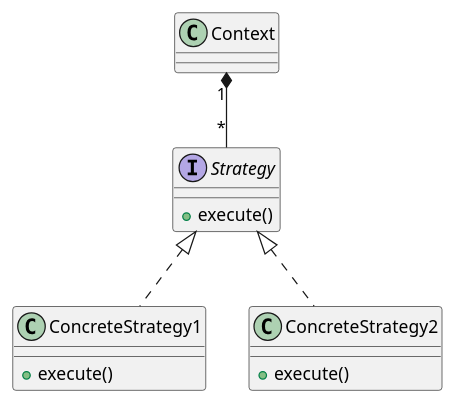
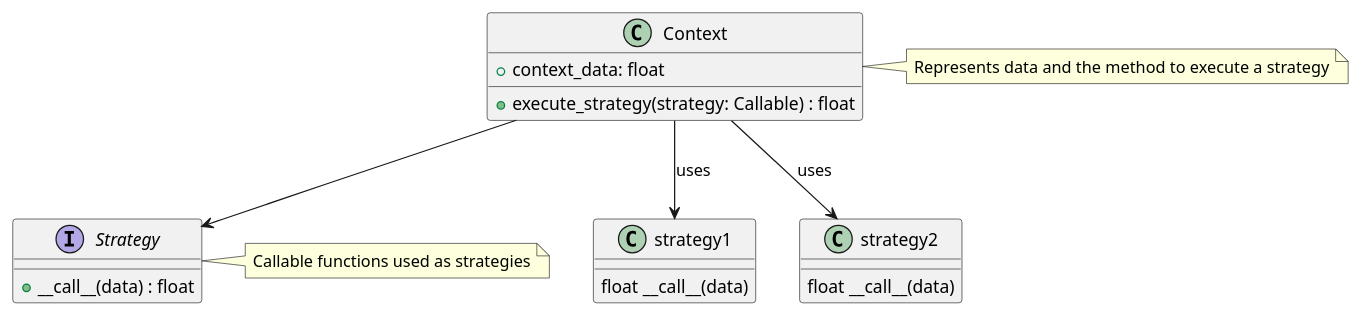
The first of 2 diagrams in docs/posts/design_patterns.md (ImperialCollegeLondon/RSEBlog), drawn with PlantUML before and after one commit. The commit also changed other lines of this file and 2 other files, not shown here.

Commit message:
- Improved tutorial: Adapted functional programming paradigm and changed UML diagrams and Oython code accordingly. - Expanded the overall text. - Included a section on the put-call parity to test the fair pricing - Increased the number of references

````diff
--- a/docs/posts/design_patterns.md
+++ b/docs/posts/design_patterns.md
@@ -112,23 +118,24 @@
 ```plantuml
 %%plantuml
 @startuml
 class Context {
+    +context_data: float
+    +execute_strategy(strategy: Callable) : float
 }
 
+note right of Context : Represents data and the method to execute a strategy
+
 interface Strategy {
-    +execute()
+    +__call__(data) : float
 }
 
-class ConcreteStrategy1 {
-    +execute()
-}
+note right of Strategy : Callable functions used as strategies
 
-class ConcreteStrategy2 {
-    +execute()
-}
+strategy1 : float __call__(data)
+strategy2 : float __call__(data)
 
-Strategy <|.. ConcreteStrategy1
-Strategy <|.. ConcreteStrategy2
-Context "1" *-- "*" Strategy
+Context --> Strategy
+Context --> strategy1 : uses
+Context --> strategy2 : uses
 @enduml
 ```
````
